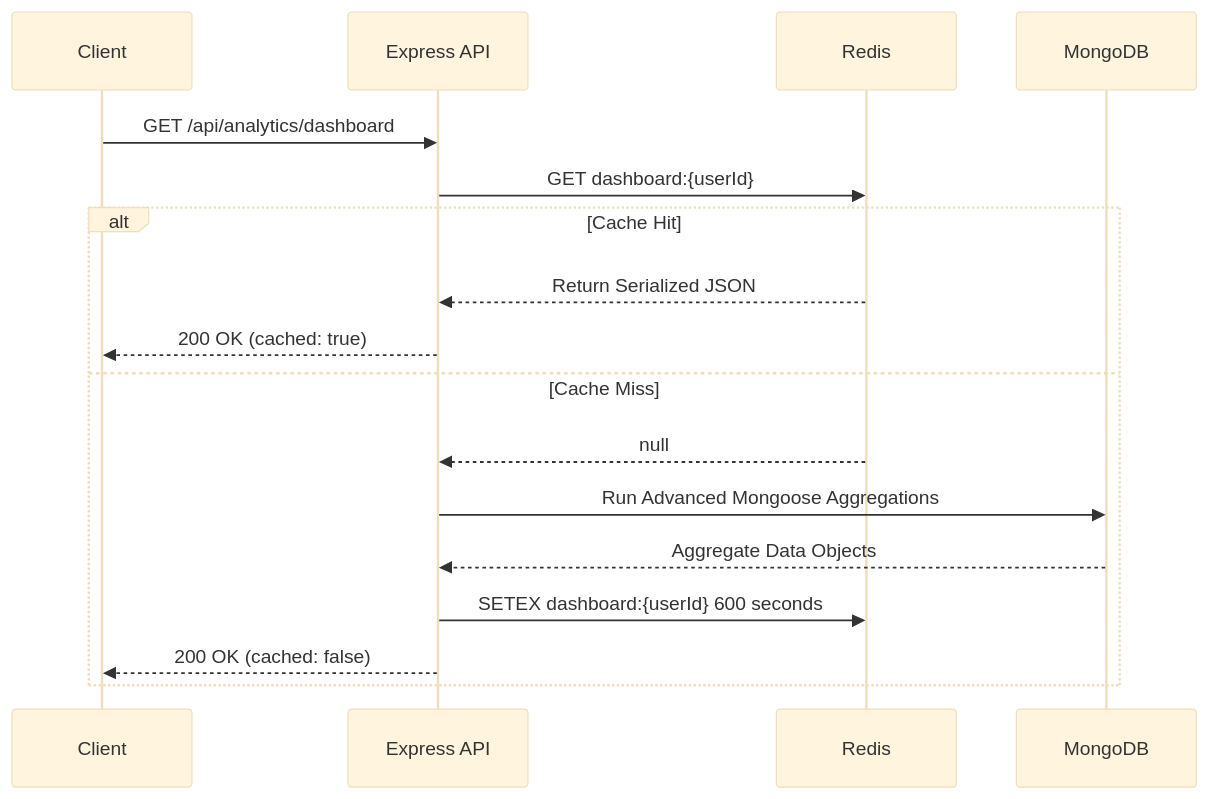
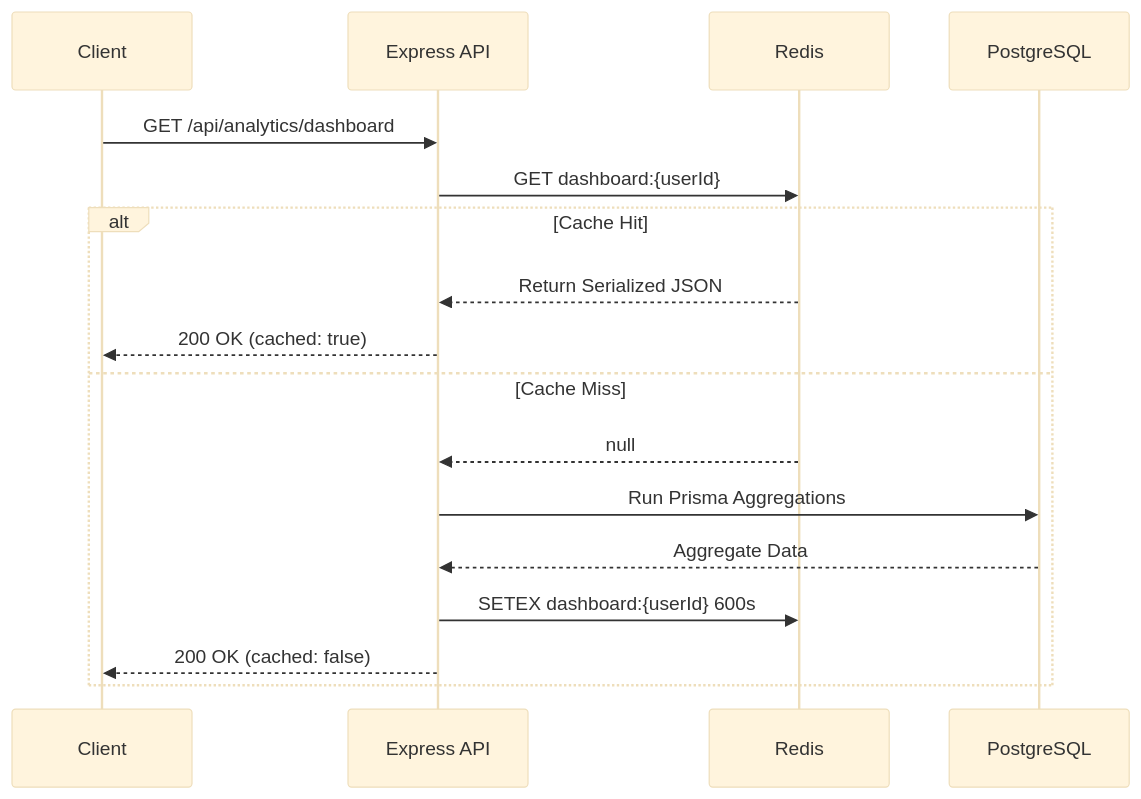
The diagram in README.md (triggereddown/Analytify), drawn with Mermaid (base theme) before and after one commit. The commit also changed other lines of this file and 19 other files, not shown here.

````diff
--- a/README.md
+++ b/README.md
@@ -12,20 +47,20 @@
 ```mermaid
 sequenceDiagram
     participant User as Client
     participant API as Express API
     participant Cache as Redis
-    participant DB as MongoDB
-    
+    participant DB as PostgreSQL
+
     User->>API: GET /api/analytics/dashboard
     API->>Cache: GET dashboard:{userId}
     alt Cache Hit
         Cache-->>API: Return Serialized JSON
         API-->>User: 200 OK (cached: true)
     else Cache Miss
         Cache-->>API: null
-        API->>DB: Run Advanced Mongoose Aggregations
-        DB-->>API: Aggregate Data Objects
-        API->>Cache: SETEX dashboard:{userId} 600 seconds
+        API->>DB: Run Prisma Aggregations
+        DB-->>API: Aggregate Data
+        API->>Cache: SETEX dashboard:{userId} 600s
         API-->>User: 200 OK (cached: false)
     end
 ```
````
